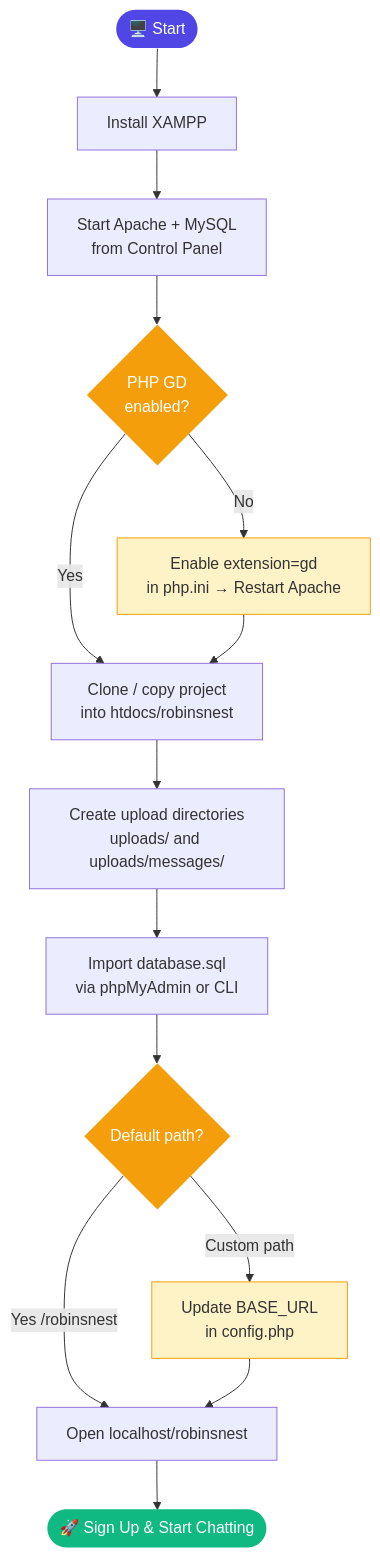
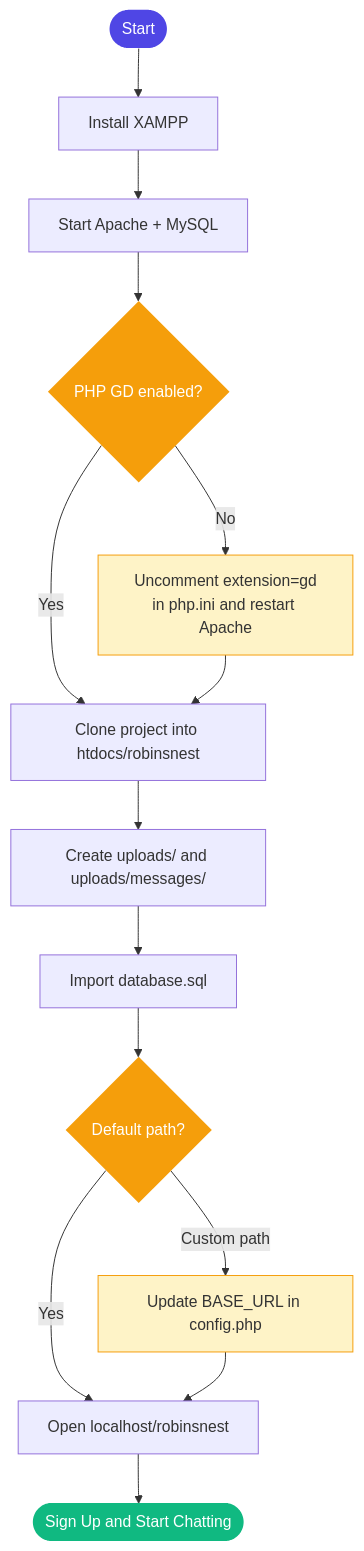
One commit to ShehrozMirza/MessengerChat changed the first of 4 diagrams in README.md. Above: the diagram before and after it, drawn with Mermaid. The commit also changed other lines of this file and 2 other files, not shown here.

````diff
--- a/README.md
+++ b/README.md
@@ -114,23 +115,23 @@
 ```mermaid
 flowchart TD
-    A([🖥️ Start]) --> B[Install XAMPP]
-    B --> C[Start Apache + MySQL\nfrom Control Panel]
-    C --> D{PHP GD\nenabled?}
-    D -- No --> E[Enable extension=gd\nin php.ini → Restart Apache]
-    D -- Yes --> F[Clone / copy project\ninto htdocs/robinsnest]
+    A([Start]) --> B[Install XAMPP]
+    B --> C[Start Apache + MySQL]
+    C --> D{PHP GD enabled?}
+    D -- No --> E[Uncomment extension=gd\nin php.ini and restart Apache]
+    D -- Yes --> F[Clone project into htdocs/robinsnest]
     E --> F
-    F --> G[Create upload directories\nuploads/ and uploads/messages/]
-    G --> H[Import database.sql\nvia phpMyAdmin or CLI]
+    F --> G[Create uploads/ and uploads/messages/]
+    G --> H[Import database.sql]
     H --> I{Default path?}
-    I -- Yes /robinsnest --> J[Open localhost/robinsnest]
-    I -- Custom path --> K[Update BASE_URL\nin config.php]
+    I -- Yes --> J[Open localhost/robinsnest]
+    I -- Custom path --> K[Update BASE_URL in config.php]
     K --> J
-    J --> L([🚀 Sign Up & Start Chatting])
+    J --> L([Sign Up and Start Chatting])
 
     style A fill:#4f46e5,color:#fff,stroke:none
     style L fill:#10b981,color:#fff,stroke:none
     style D fill:#f59e0b,color:#fff,stroke:none
     style I fill:#f59e0b,color:#fff,stroke:none
     style E fill:#fef3c7,stroke:#f59e0b
     style K fill:#fef3c7,stroke:#f59e0b
 ```
````
